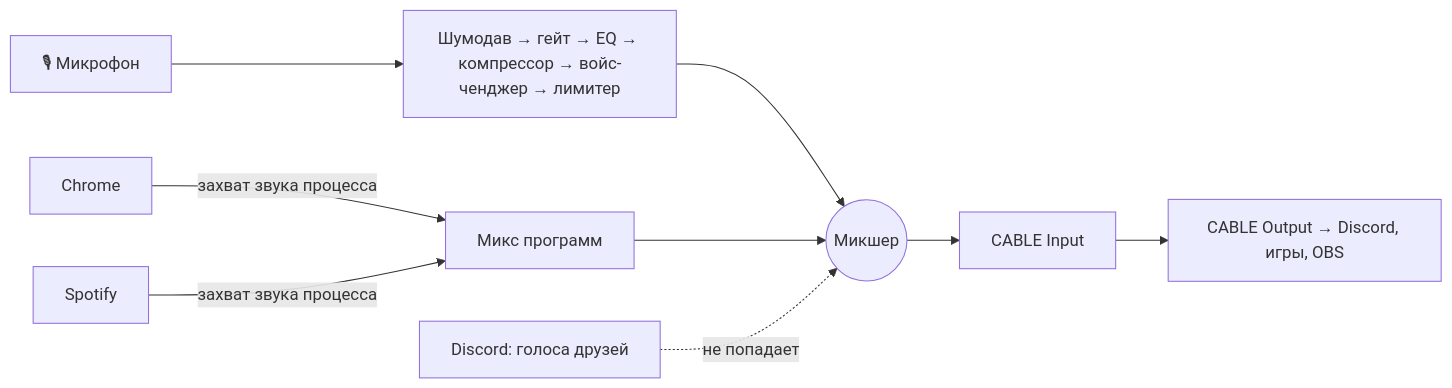
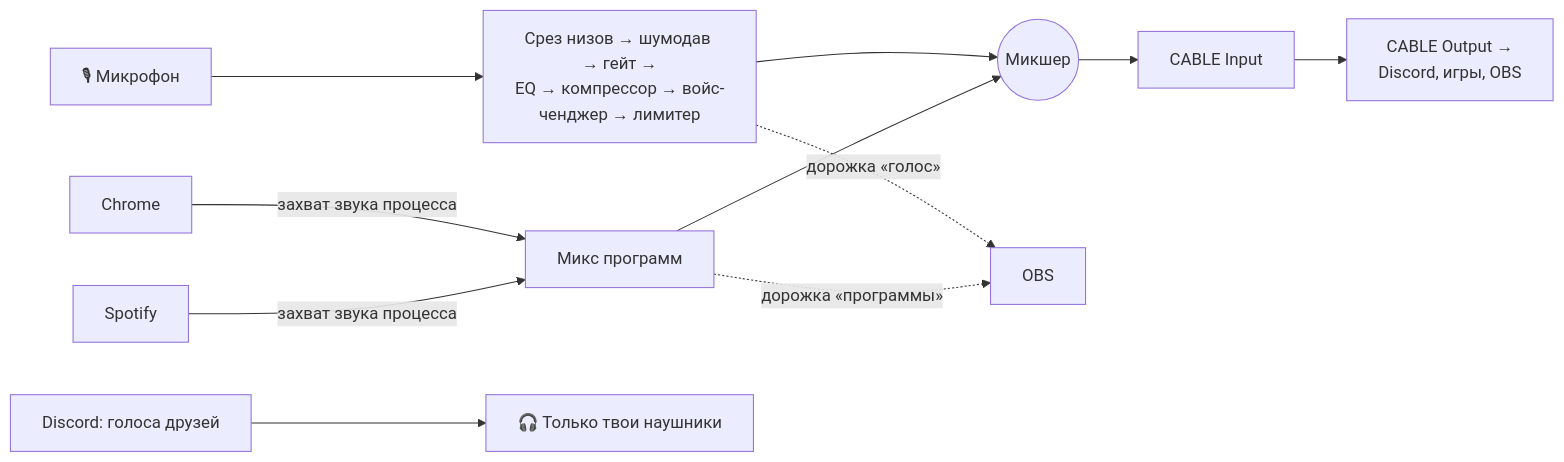
The diagram in README.md (D4nk0v/MicMix), drawn with Mermaid before and after one commit. The commit also changed other lines of this file and 15 other files, not shown here.

````diff
--- a/README.md
+++ b/README.md
@@ -51,10 +155,12 @@
 ```mermaid
 flowchart LR
-    Mic[🎙 Микрофон] --> Voice[Шумодав → гейт → EQ → компрессор → войс-ченджер → лимитер]
+    Mic[🎙 Микрофон] --> Voice[Срез низов → шумодав → гейт →<br/>EQ → компрессор → войс-ченджер → лимитер]
     Chrome[Chrome] -- захват звука процесса --> Apps[Микс программ]
     Spotify[Spotify] -- захват звука процесса --> Apps
     Voice --> Mix((Микшер))
     Apps --> Mix
-    Mix --> Cable[CABLE Input] --> Out[CABLE Output → Discord, игры, OBS]
-    Discord[Discord: голоса друзей] -. не попадает .-> Mix
+    Mix --> Cable[CABLE Input] --> Out[CABLE Output →<br/>Discord, игры, OBS]
+    Voice -. дорожка «голос» .-> OBS[OBS]
+    Apps -. дорожка «программы» .-> OBS
+    Discord[Discord: голоса друзей] --> Phones[🎧 Только твои наушники]
 ```
````
